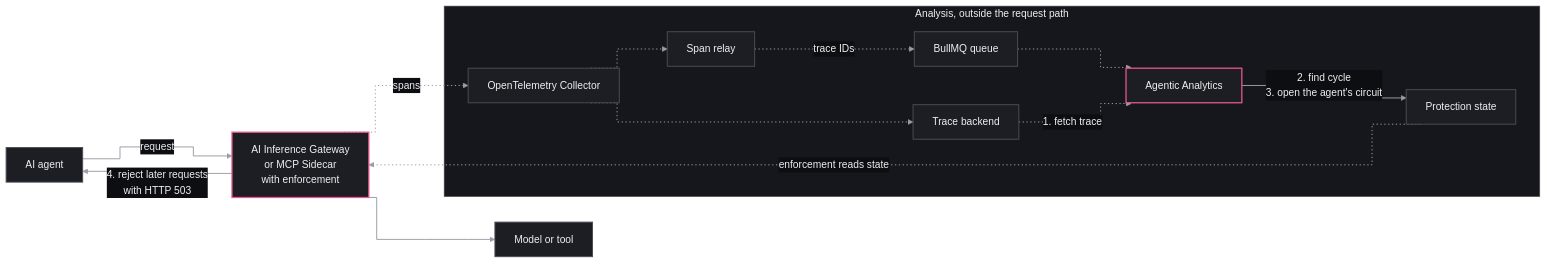
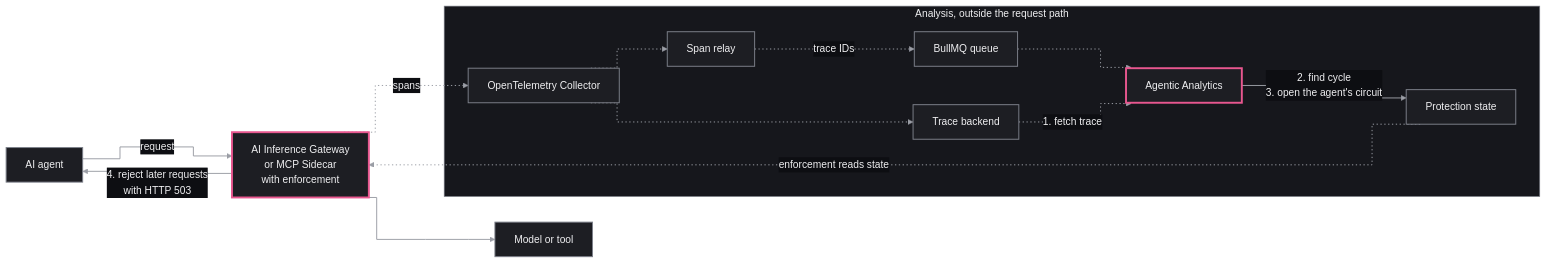
The diagram in content/consul/v2.1.x/diagram-sources/cycle-detection-workflow_dark.mmd (hashicorp/web-unified-docs), drawn with Mermaid before and after one commit. The commit also changed 34 other files, not shown here.

First line of the commit message:
Raise diagram contrast and add a non-color cue for ARF components

```diff
--- a/content/consul/v2.1.x/diagram-sources/cycle-detection-workflow_dark.mmd
+++ b/content/consul/v2.1.x/diagram-sources/cycle-detection-workflow_dark.mmd
@@ -1,32 +1,32 @@
-%%{init: {"theme":"base","fontFamily":"Helvetica, Arial, sans-serif","flowchart":{"curve":"step","nodeSpacing":60,"rankSpacing":75,"htmlLabels":true},"themeVariables":{"fontFamily":"Helvetica, Arial, sans-serif","fontSize":"16px","background":"#0d0e12","primaryColor":"#1d1e23","primaryBorderColor":"#4a4c55","primaryTextColor":"#efeff1","lineColor":"#9b9ea6","clusterBkg":"#16171c","clusterBorder":"#4a4c55","titleColor":"#efeff1","edgeLabelBackground":"#0d0e12","actorBkg":"#1d1e23","actorBorder":"#e8578f","actorTextColor":"#efeff1","actorLineColor":"#4a4c55","signalColor":"#9b9ea6","signalTextColor":"#efeff1","noteBkgColor":"#16171c","noteBorderColor":"#4a4c55","noteTextColor":"#efeff1","activationBkgColor":"#24131b","activationBorderColor":"#7a2e50","sequenceNumberColor":"#0d0e12"},"sequence":{"mirrorActors":false,"width":220,"actorMargin":50,"messageMargin":50,"boxMargin":10,"noteMargin":12,"wrap":true}}}%%
+%%{init: {"theme":"base","fontFamily":"Helvetica, Arial, sans-serif","flowchart":{"curve":"step","nodeSpacing":60,"rankSpacing":75,"htmlLabels":true},"themeVariables":{"fontFamily":"Helvetica, Arial, sans-serif","fontSize":"16px","background":"#0d0e12","primaryColor":"#1d1e23","primaryBorderColor":"#7d808a","primaryTextColor":"#efeff1","lineColor":"#9b9ea6","clusterBkg":"#16171c","clusterBorder":"#7d808a","titleColor":"#efeff1","edgeLabelBackground":"#0d0e12","actorBkg":"#1d1e23","actorBorder":"#e8578f","actorTextColor":"#efeff1","actorLineColor":"#7d808a","signalColor":"#9b9ea6","signalTextColor":"#efeff1","noteBkgColor":"#16171c","noteBorderColor":"#7d808a","noteTextColor":"#efeff1","activationBkgColor":"#24131b","activationBorderColor":"#b5527f","sequenceNumberColor":"#0d0e12"},"sequence":{"mirrorActors":false,"width":220,"actorMargin":50,"messageMargin":50,"boxMargin":10,"noteMargin":12,"wrap":true}}}%%
 flowchart LR
   agent["AI agent"]
   proxy["AI Inference Gateway<br/>or MCP Sidecar<br/>with enforcement"]
   upstream["Model or tool"]
   subgraph analysis["Analysis, outside the request path"]
     otel["OpenTelemetry Collector"]
     backend["Trace backend"]
     relay["Span relay"]
     queue["BullMQ queue"]
     analytics["Agentic Analytics"]
     state["Protection state"]
   end
 
   agent -->|request| proxy
   proxy --> upstream
   proxy -.->|spans| otel
   otel -.-> backend
   otel -.-> relay
   relay -.->|trace IDs| queue
   queue -.-> analytics
   backend -.->|1. fetch trace| analytics
   analytics -->|2. find cycle<br/>3. open the agent's circuit| state
   state -.->|enforcement reads state| proxy
   proxy -->|4. reject later requests<br/>with HTTP 503| agent
 
-  classDef default fill:#1d1e23,stroke:#4a4c55,stroke-width:1.5px,color:#efeff1
-  classDef arfc fill:#1d1e23,stroke:#e8578f,stroke-width:2px,color:#efeff1
+  classDef default fill:#1d1e23,stroke:#7d808a,stroke-width:1.5px,color:#efeff1
+  classDef arfc fill:#1d1e23,stroke:#e8578f,stroke-width:3px,color:#efeff1
   class proxy,analytics arfc
-  style analysis fill:#16171c,stroke:#4a4c55,stroke-width:1px,color:#efeff1
+  style analysis fill:#16171c,stroke:#7d808a,stroke-width:1px,color:#efeff1
   linkStyle 0,1,8,10 stroke:#9b9ea6,stroke-width:1.5px
   linkStyle 2,3,4,5,6,7,9 stroke:#9b9ea6,stroke-width:1.5px,stroke-dasharray:2 4
```
